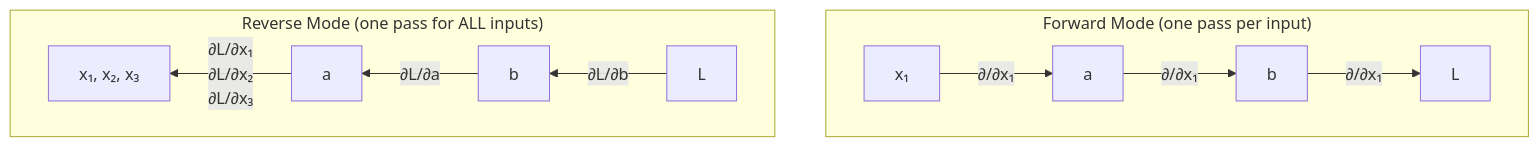
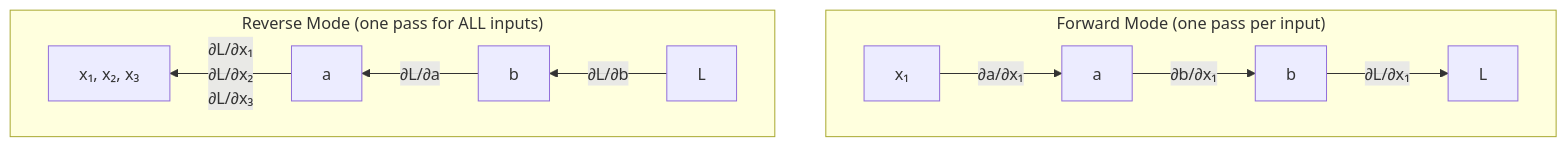
The second of 7 diagrams in posts/mlsys/dl-systems.qmd (ImadDabbura/imaddabbura.github.io), drawn with Mermaid before and after one commit. The commit also changed other lines of this file and 10 other files, not shown here.

````diff
--- a/posts/mlsys/dl-systems.qmd
+++ b/posts/mlsys/dl-systems.qmd
@@ -100,13 +100,13 @@
 ```{mermaid}
 %%| fig-cap: "Forward vs. reverse mode AD — reverse mode computes all gradients in a single backward pass"
 flowchart TD
     subgraph forward["Forward Mode (one pass per input)"]
         direction LR
-        x1f["x₁"] --> |"∂/∂x₁"| af["a"] --> |"∂/∂x₁"| bf["b"] --> |"∂/∂x₁"| Lf["L"]
+        x1f["x₁"] --> |"∂a/∂x₁"| af["a"] --> |"∂b/∂x₁"| bf["b"] --> |"∂L/∂x₁"| Lf["L"]
     end
 
     subgraph reverse["Reverse Mode (one pass for ALL inputs)"]
         direction RL
         Lr["L"] --> |"∂L/∂b"| br["b"] --> |"∂L/∂a"| ar["a"] --> |"∂L/∂x₁<br/>∂L/∂x₂<br/>∂L/∂x₃"| xr["x₁, x₂, x₃"]
     end
 ```
````
